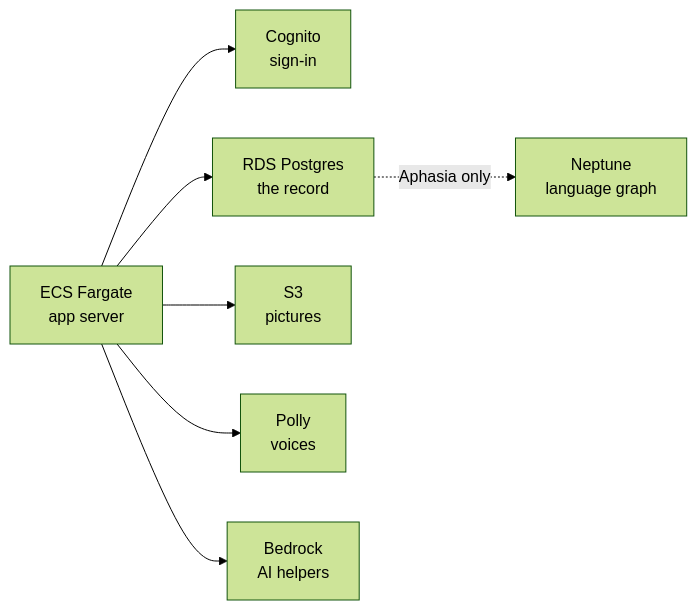
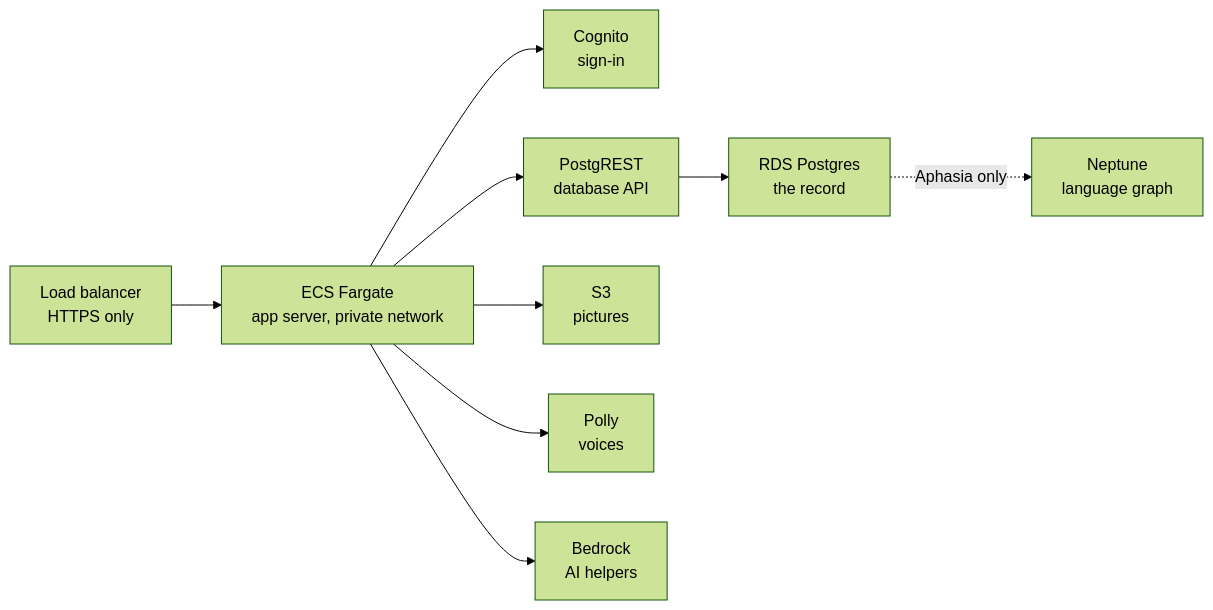
One commit to linggollms/.github changed the second of 2 diagrams in profile/README.md. Above: the diagram before and after it, drawn with Mermaid (forest theme). The commit also changed other lines of this file, not shown here.

Commit message:
Org profile: activity log, current architecture, no patent number

````diff
--- a/profile/README.md
+++ b/profile/README.md
@@ -76,10 +87,11 @@
 ```mermaid
 flowchart LR
-  F["ECS Fargate<br/>app server"]
+  LB["Load balancer<br/>HTTPS only"] --> F["ECS Fargate<br/>app server, private network"]
   F --> C["Cognito<br/>sign-in"]
-  F --> D["RDS Postgres<br/>the record"]
+  F --> API["PostgREST<br/>database API"]
+  API --> D["RDS Postgres<br/>the record"]
   F --> S["S3<br/>pictures"]
   F --> V["Polly<br/>voices"]
   F --> AI["Bedrock<br/>AI helpers"]
   D -. Aphasia only .-> N["Neptune<br/>language graph"]
 ```
````
